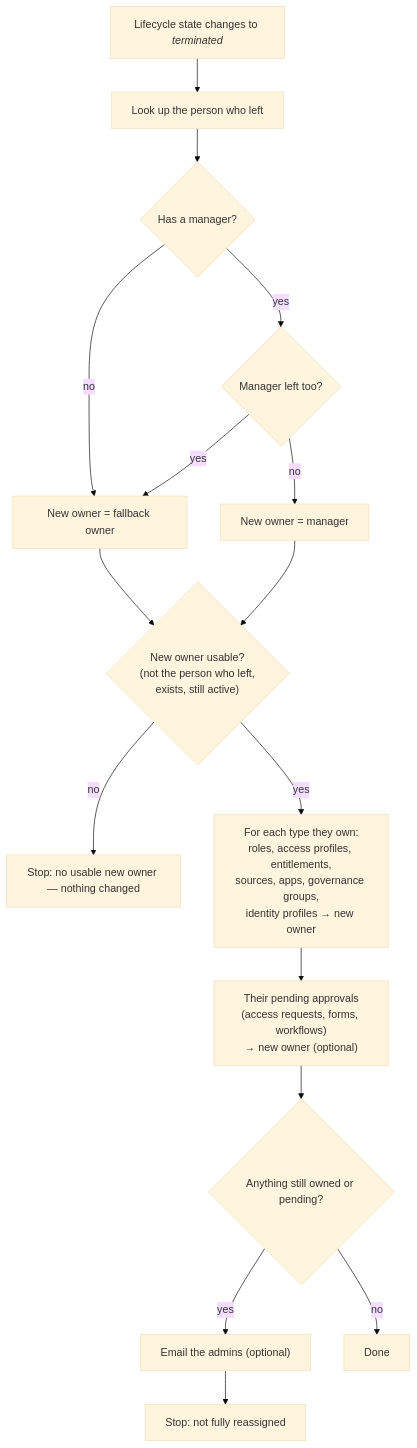
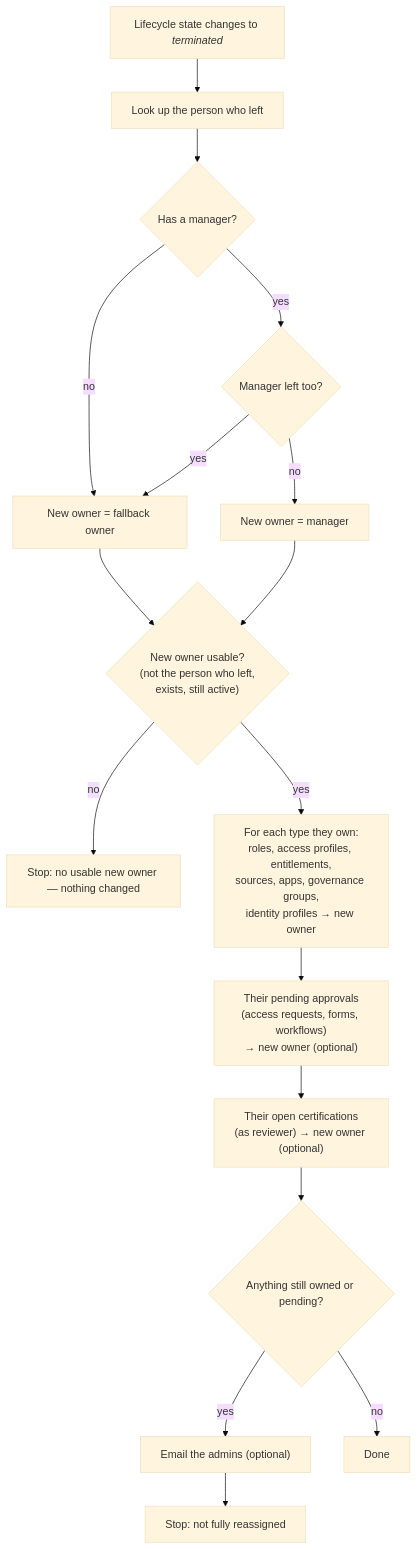
Before and after one commit to Shane-Cotta/sailpoint_bulk_access_request: the diagram in README.md, drawn with Mermaid (base theme). The commit also changed other lines of this file and 10 other files, not shown here.

````diff
--- a/README.md
+++ b/README.md
@@ -14,17 +14,18 @@
 ```mermaid
 flowchart TD
   T["Lifecycle state changes to <i>terminated</i>"] --> G[Look up the person who left]
   G --> M{Has a manager?}
   M -- no --> F[New owner = fallback owner]
   M -- yes --> A{Manager left too?}
   A -- yes --> F
   A -- no --> N[New owner = manager]
   F --> U{"New owner usable?<br/>(not the person who left,<br/>exists, still active)"}
   N --> U
   U -- no --> X1[Stop: no usable new owner — nothing changed]
   U -- yes --> R["For each type they own:<br/>roles, access profiles, entitlements,<br/>sources, apps, governance groups,<br/>identity profiles → new owner"]
   R --> P["Their pending approvals<br/>(access requests, forms, workflows)<br/>→ new owner (optional)"]
-  P --> C{Anything still owned or pending?}
+  P --> Q["Their open certifications<br/>(as reviewer) → new owner (optional)"]
+  Q --> C{Anything still owned or pending?}
   C -- yes --> E["Email the admins (optional)"] --> X2[Stop: not fully reassigned]
   C -- no --> D[Done]
 ```
````
